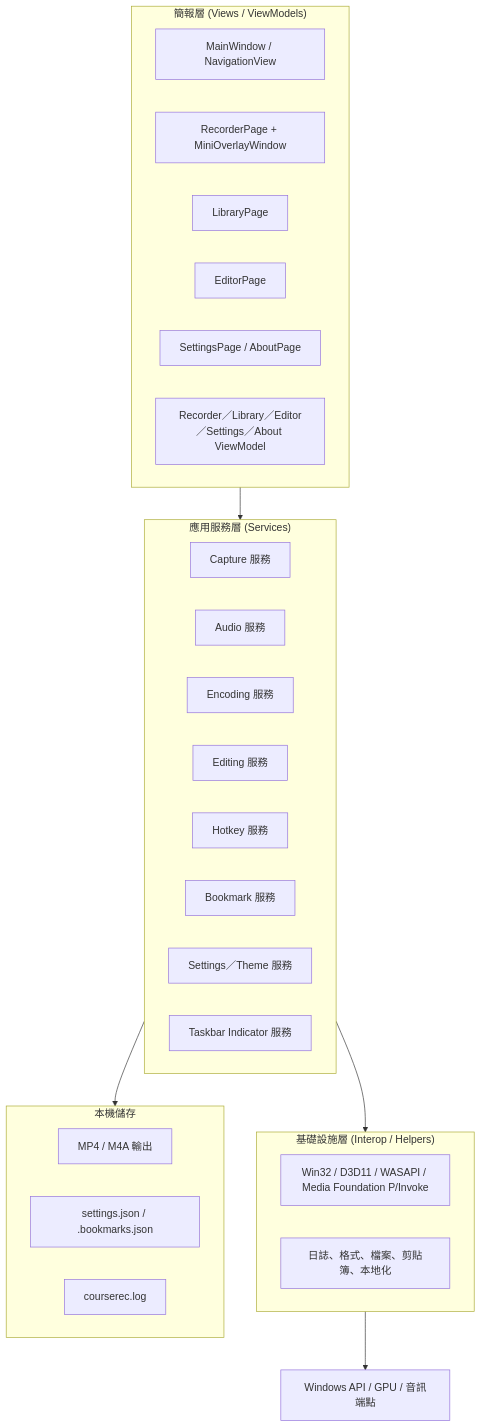
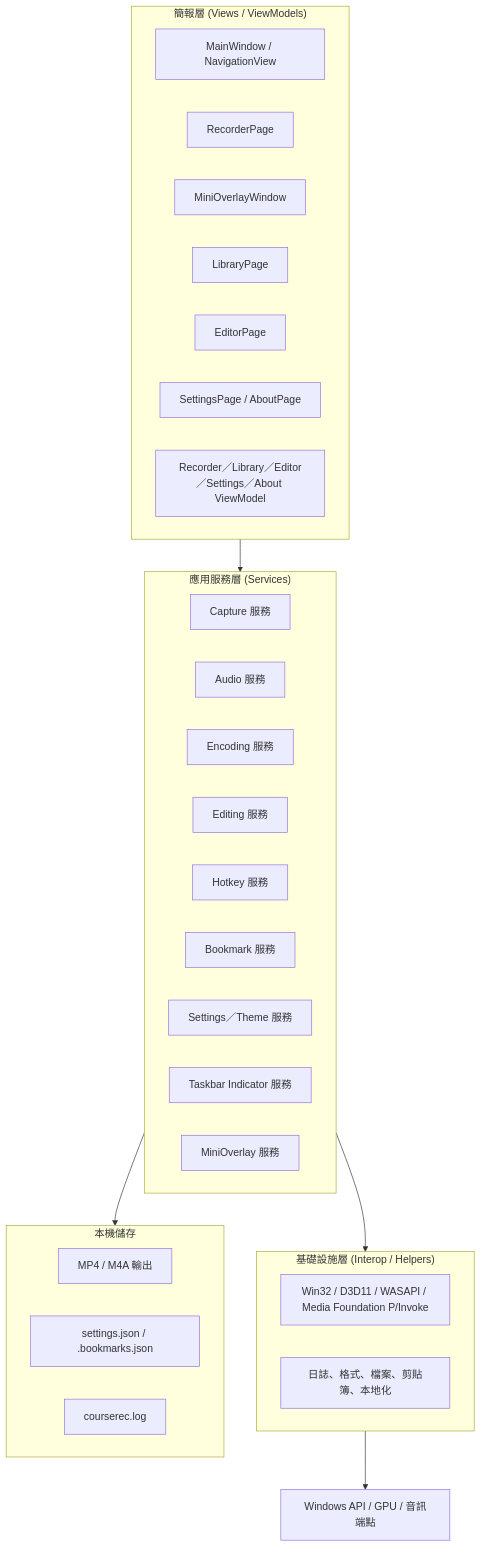
Before and after one commit to mark216tw/CourseRec: the first of 2 diagrams in docs/ARCHITECTURE.md, drawn with Mermaid. The commit also changed other lines of this file and 48 other files, not shown here.

````diff
--- a/docs/ARCHITECTURE.md
+++ b/docs/ARCHITECTURE.md
@@ -27,38 +27,40 @@
 ```mermaid
 flowchart TB
     subgraph Presentation["簡報層 (Views / ViewModels)"]
         MW["MainWindow / NavigationView"]
-        RP["RecorderPage + MiniOverlayWindow"]
+        RP["RecorderPage"]
+        OV["MiniOverlayWindow"]
         LP["LibraryPage"]
         EP["EditorPage"]
         SP["SettingsPage / AboutPage"]
         VM["Recorder／Library／Editor／Settings／About ViewModel"]
     end
 
     subgraph Application["應用服務層 (Services)"]
         CS["Capture 服務"]
         AS["Audio 服務"]
         ES["Encoding 服務"]
         EDS["Editing 服務"]
         HS["Hotkey 服務"]
         BS["Bookmark 服務"]
         SS["Settings／Theme 服務"]
         TS["Taskbar Indicator 服務"]
+        MOS["MiniOverlay 服務"]
     end
 
     subgraph Infrastructure["基礎設施層 (Interop / Helpers)"]
         PInvoke["Win32 / D3D11 / WASAPI / Media Foundation P/Invoke"]
         Helpers["日誌、格式、檔案、剪貼簿、本地化"]
     end
 
     subgraph Storage["本機儲存"]
         MP4["MP4 / M4A 輸出"]
         JSON["settings.json / .bookmarks.json"]
         LOG["courserec.log"]
     end
 
     Presentation --> Application
     Application --> Infrastructure
     Application --> Storage
     Infrastructure --> OS["Windows API / GPU / 音訊端點"]
 ```
````
